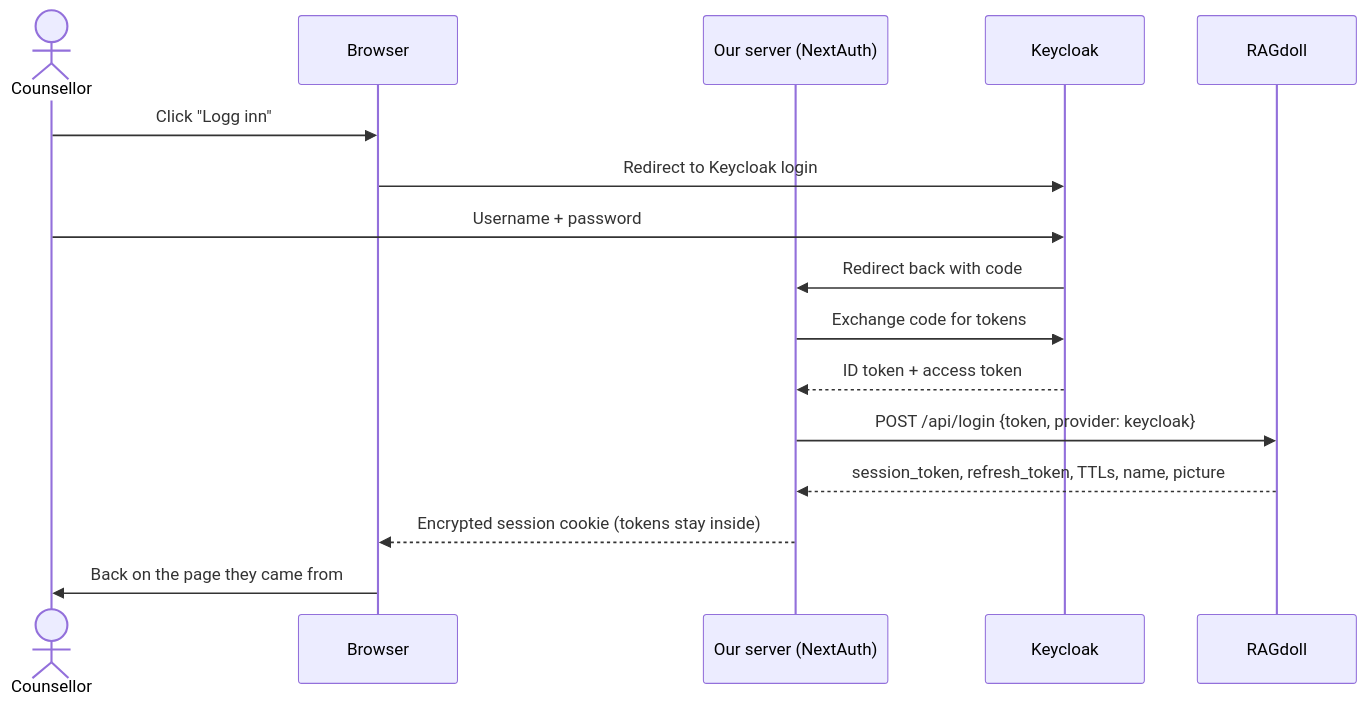
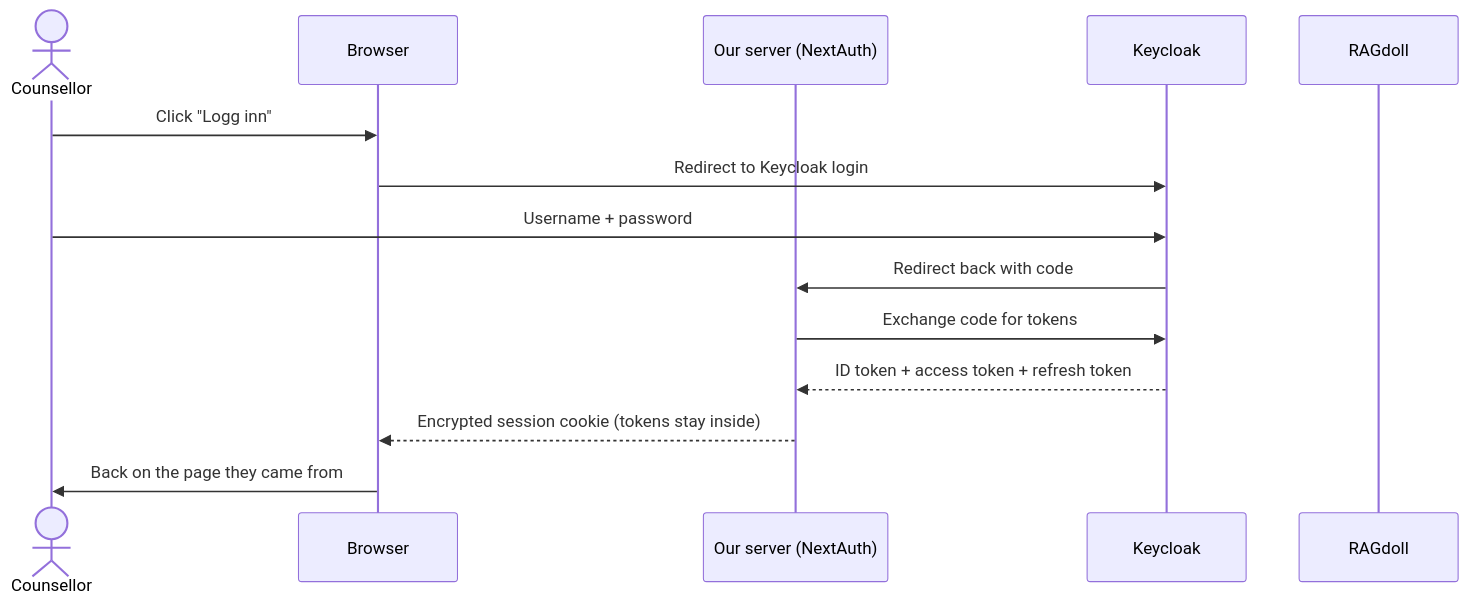
One commit to IMTEL/team-tdt4290-fall-2026 changed the second of 7 diagrams in docs/architecture.md. Above: the diagram before and after it, drawn with Mermaid. The commit also changed other lines of this file and 8 other files, not shown here.

Commit message:
fix: fix login with keycloak id token

````diff
--- a/docs/architecture.md
+++ b/docs/architecture.md
@@ -127,19 +128,17 @@
 ```mermaid
 sequenceDiagram
     actor C as Counsellor
     participant B as Browser
     participant N as Our server (NextAuth)
     participant K as Keycloak
     participant R as RAGdoll
 
     C->>B: Click "Logg inn"
     B->>K: Redirect to Keycloak login
     C->>K: Username + password
     K->>N: Redirect back with code
     N->>K: Exchange code for tokens
-    K-->>N: ID token + access token
-    N->>R: POST /api/login {token, provider: keycloak}
-    R-->>N: session_token, refresh_token, TTLs, name, picture
+    K-->>N: ID token + access token + refresh token
     N-->>B: Encrypted session cookie (tokens stay inside)
     B->>C: Back on the page they came from
 ```
````
